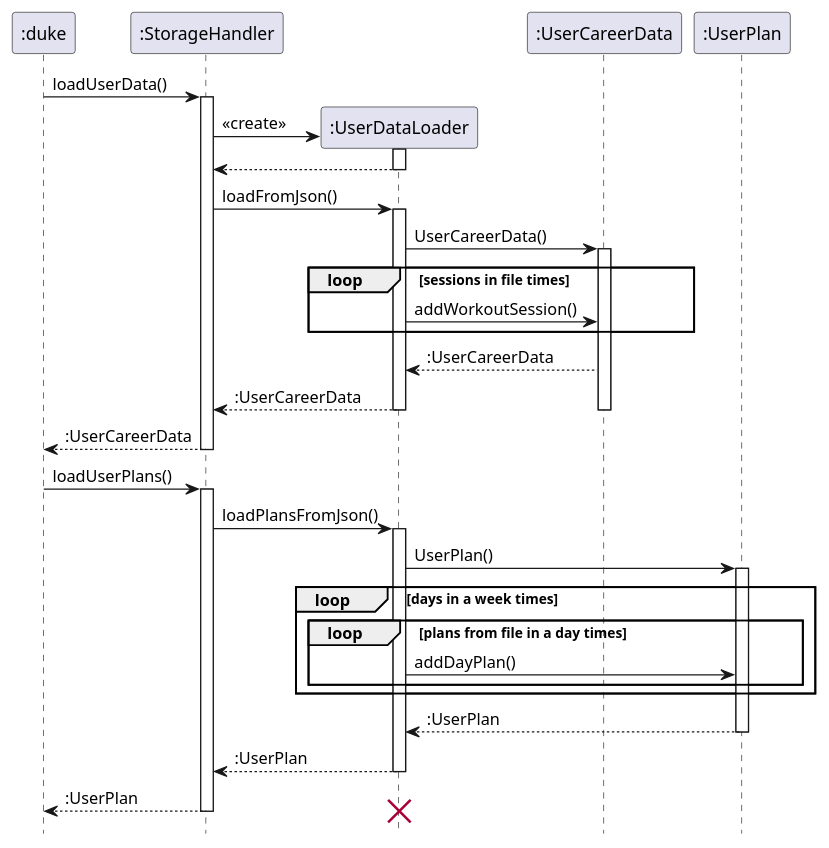
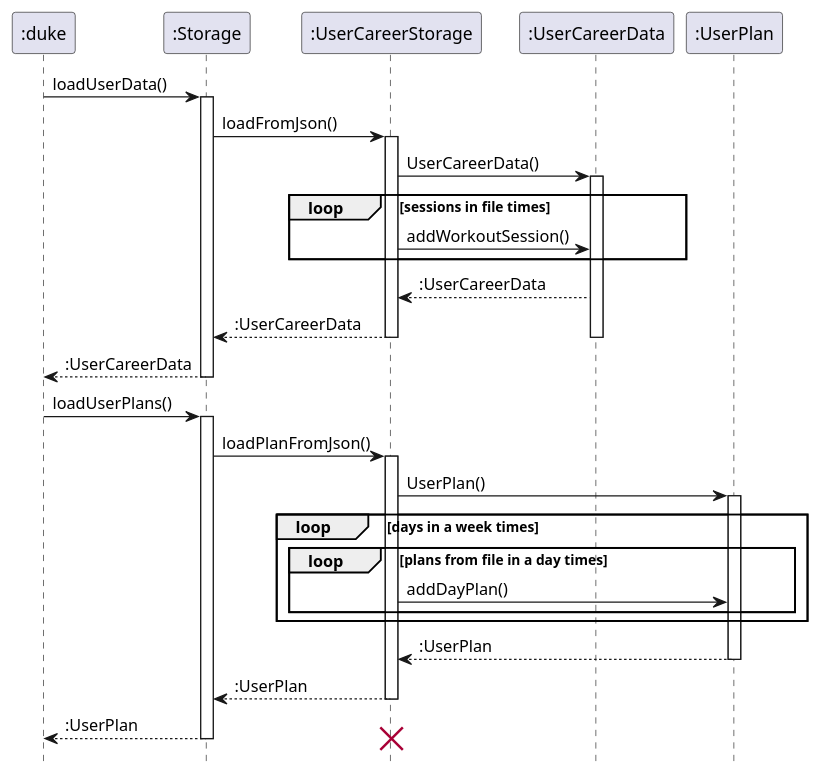
One commit to nus-cs2113-AY2223S2/tp changed the diagram in docs/UML/LoadingUserCareerData.puml. Above: the diagram before and after it, drawn with PlantUML.

Commit message:
Update storage sequence diagram

```diff
--- a/docs/UML/LoadingUserCareerData.puml
+++ b/docs/UML/LoadingUserCareerData.puml
@@ -1,47 +1,42 @@
 @startuml
 hide footbox
-":duke" -> ":StorageHandler" : loadUserData()
-activate ":StorageHandler"
-create ":UserDataLoader"
+":duke" -> ":Storage" : loadUserData()
+activate ":Storage"
 
-":StorageHandler" -> ":UserDataLoader" : <<create>>
-activate ":UserDataLoader"
-":UserDataLoader" --> ":StorageHandler"
-deactivate ":UserDataLoader"
 
-    ":StorageHandler" -> ":UserDataLoader": loadFromJson()
-    activate ":UserDataLoader"
-        ":UserDataLoader"-> ":UserCareerData": UserCareerData()
+    ":Storage" -> ":UserCareerStorage": loadFromJson()
+    activate ":UserCareerStorage"
+        ":UserCareerStorage"-> ":UserCareerData": UserCareerData()
         activate ":UserCareerData"
             loop sessions in file times
-                ":UserDataLoader" -> ":UserCareerData" : addWorkoutSession()
+                ":UserCareerStorage" -> ":UserCareerData" : addWorkoutSession()
             end
-            ":UserCareerData" --> ":UserDataLoader" : :UserCareerData
-        ":UserDataLoader" --> ":StorageHandler" : :UserCareerData
+            ":UserCareerData" --> ":UserCareerStorage" : :UserCareerData
+        ":UserCareerStorage" --> ":Storage" : :UserCareerData
     deactivate ":UserCareerData"
-    deactivate ":UserDataLoader"
-    ":StorageHandler" --> ":duke" : :UserCareerData
-deactivate ":StorageHandler"
-":duke" -> ":StorageHandler" : loadUserPlans()
-    activate ":StorageHandler"
+    deactivate ":UserCareerStorage"
+    ":Storage" --> ":duke" : :UserCareerData
+deactivate ":Storage"
+":duke" -> ":Storage" : loadUserPlans()
+    activate ":Storage"
 
-    ":StorageHandler" -> ":UserDataLoader" : loadPlansFromJson()
-    activate ":UserDataLoader"
-    ":UserDataLoader" -> ":UserPlan" : UserPlan()
+    ":Storage" -> ":UserCareerStorage" : loadPlanFromJson()
+    activate ":UserCareerStorage"
+    ":UserCareerStorage" -> ":UserPlan" : UserPlan()
     activate ":UserPlan"
     loop days in a week times
             loop plans from file in a day times
-                ":UserDataLoader" -> ":UserPlan" : addDayPlan()
+                ":UserCareerStorage" -> ":UserPlan" : addDayPlan()
             end
     end
-    ":UserPlan" --> ":UserDataLoader" : :UserPlan
+    ":UserPlan" --> ":UserCareerStorage" : :UserPlan
     deactivate ":UserPlan"
-    ":UserDataLoader" --> ":StorageHandler" : :UserPlan
-    deactivate ":UserDataLoader"
-    ":StorageHandler" --> ":duke" : :UserPlan
-    destroy ":UserDataLoader"
+    ":UserCareerStorage" --> ":Storage" : :UserPlan
+    deactivate ":UserCareerStorage"
+    ":Storage" --> ":duke" : :UserPlan
+    destroy ":UserCareerStorage"
 
-deactivate ":StorageHandler"
+deactivate ":Storage"
 
 
 @enduml
```
